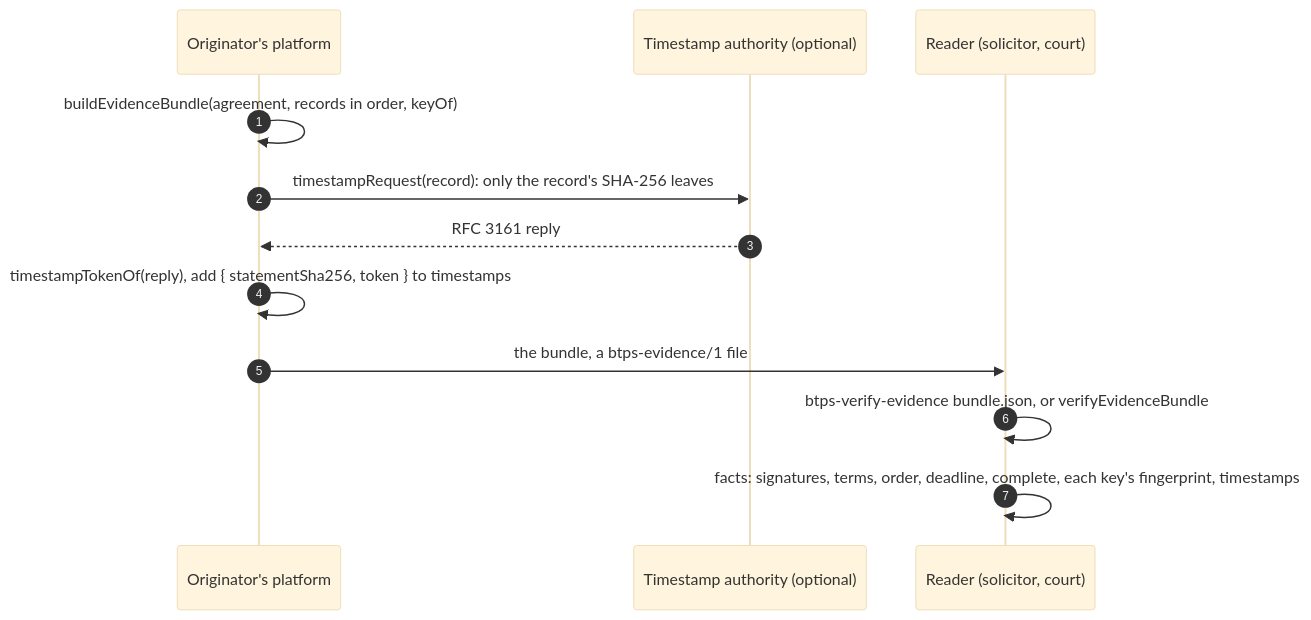
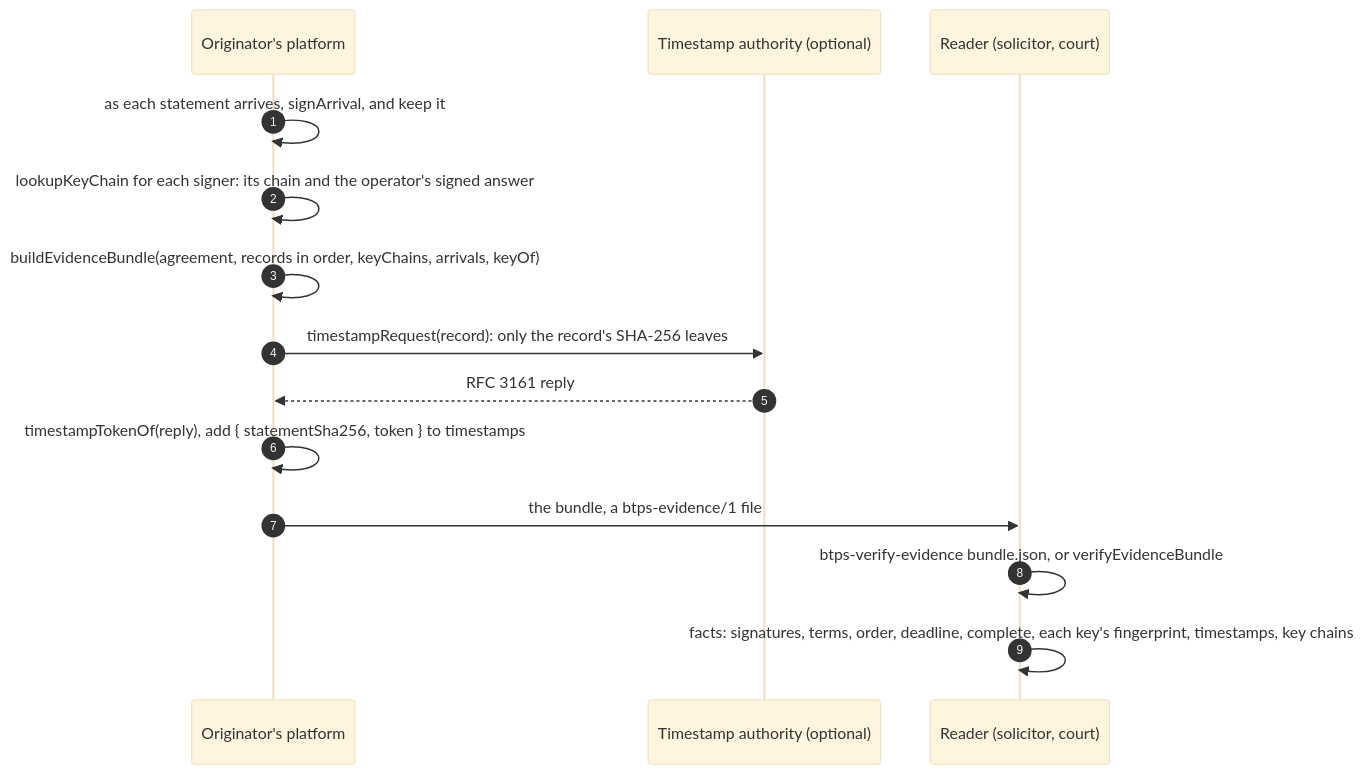
One commit to openbtps/btps-node changed the diagram in docs/docusaurus/docs/features/evidenceBundles.md. Above: the diagram before and after it, drawn with Mermaid (base theme). The commit also changed other lines of this file and 28 other files, not shown here.

````diff
--- a/docs/docusaurus/docs/features/evidenceBundles.md
+++ b/docs/docusaurus/docs/features/evidenceBundles.md
@@ -19,14 +19,16 @@
 ```mermaid
 sequenceDiagram
     autonumber
     participant O as Originator's platform
     participant T as Timestamp authority (optional)
     participant R as Reader (solicitor, court)
-    O->>O: buildEvidenceBundle(agreement, records in order, keyOf)
+    O->>O: as each statement arrives, signArrival, and keep it
+    O->>O: lookupKeyChain for each signer: its chain and the operator's signed answer
+    O->>O: buildEvidenceBundle(agreement, records in order, keyChains, arrivals, keyOf)
     O->>T: timestampRequest(record): only the record's SHA-256 leaves
     T-->>O: RFC 3161 reply
     O->>O: timestampTokenOf(reply), add { statementSha256, token } to timestamps
     O->>R: the bundle, a btps-evidence/1 file
     R->>R: btps-verify-evidence bundle.json, or verifyEvidenceBundle
-    R->>R: facts: signatures, terms, order, deadline, complete, each key's fingerprint, timestamps
+    R->>R: facts: signatures, terms, order, deadline, complete, each key's fingerprint, timestamps, key chains
 ```
````
